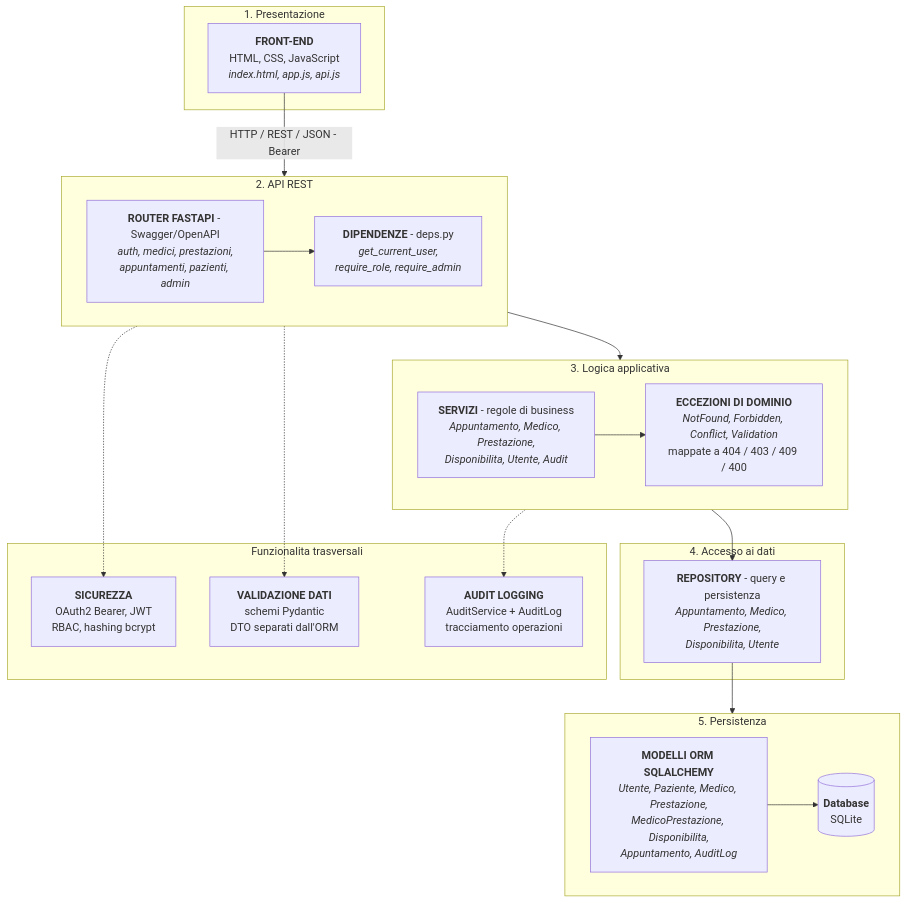
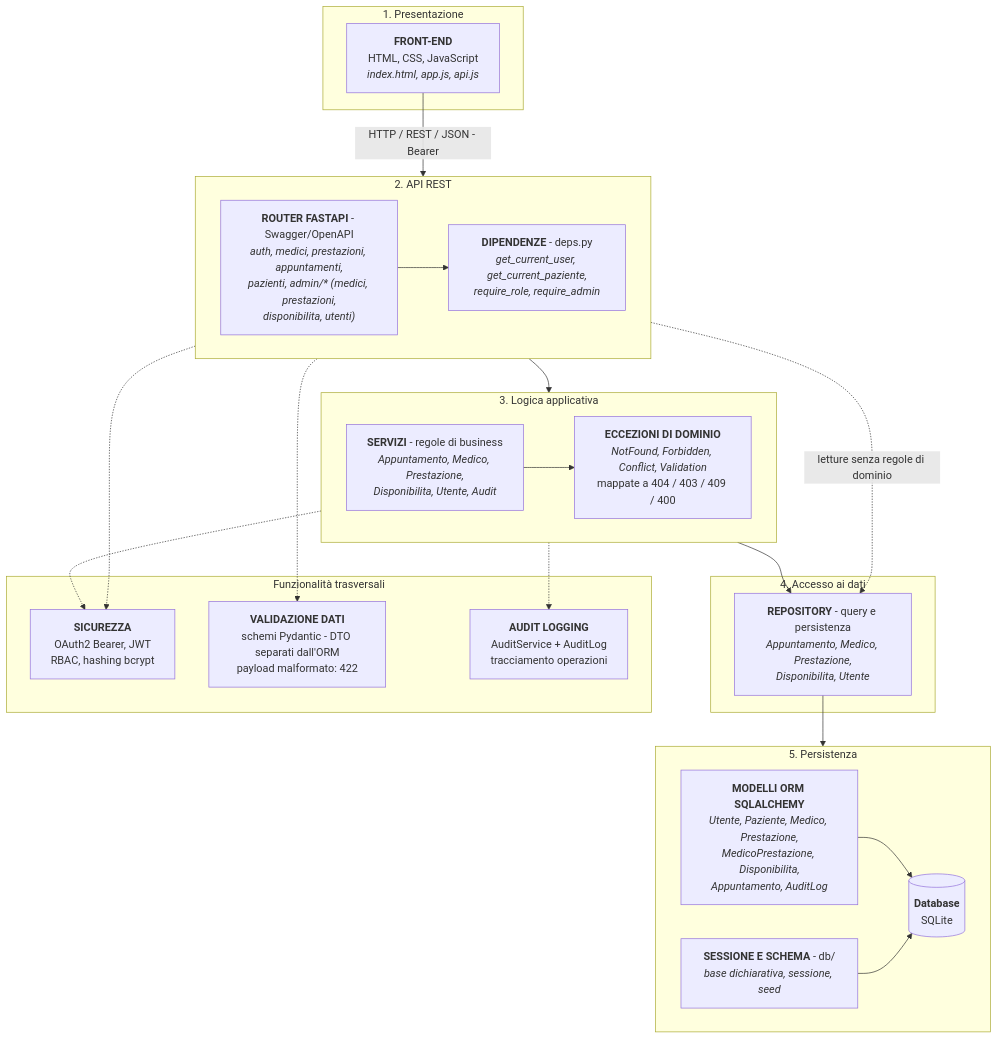
Before and after one commit to giovannicarrino-2802/PW16: the diagram in poliambulatorio-prenotazioni/docs/architettura.md, drawn with Mermaid. The commit also changed other lines of this file, not shown here.

````diff
--- a/poliambulatorio-prenotazioni/docs/architettura.md
+++ b/poliambulatorio-prenotazioni/docs/architettura.md
@@ -5,47 +5,51 @@
 ```mermaid
 flowchart TB
 
     subgraph L1["1. Presentazione"]
         FE["<b>FRONT-END</b><br/>HTML, CSS, JavaScript<br/><i>index.html, app.js, api.js</i>"]
     end
 
     subgraph L2["2. API REST"]
         direction LR
-        RT["<b>ROUTER FASTAPI</b> - Swagger/OpenAPI<br/><i>auth, medici, prestazioni,<br/>appuntamenti, pazienti, admin</i>"]
-        DEP["<b>DIPENDENZE</b> - deps.py<br/><i>get_current_user,<br/>require_role, require_admin</i>"]
+        RT["<b>ROUTER FASTAPI</b> - Swagger/OpenAPI<br/><i>auth, medici, prestazioni, appuntamenti,<br/>pazienti, admin/* (medici, prestazioni,<br/>disponibilita, utenti)</i>"]
+        DEP["<b>DIPENDENZE</b> - deps.py<br/><i>get_current_user, get_current_paziente,<br/>require_role, require_admin</i>"]
         RT --> DEP
     end
 
     subgraph L3["3. Logica applicativa"]
         direction LR
         SVC["<b>SERVIZI</b> - regole di business<br/><i>Appuntamento, Medico, Prestazione,<br/>Disponibilita, Utente, Audit</i>"]
         EXC["<b>ECCEZIONI DI DOMINIO</b><br/><i>NotFound, Forbidden, Conflict, Validation</i><br/>mappate a 404 / 403 / 409 / 400"]
         SVC --> EXC
     end
 
     subgraph L4["4. Accesso ai dati"]
         REP["<b>REPOSITORY</b> - query e persistenza<br/><i>Appuntamento, Medico, Prestazione,<br/>Disponibilita, Utente</i>"]
     end
 
     subgraph L5["5. Persistenza"]
         direction LR
         ORM["<b>MODELLI ORM SQLALCHEMY</b><br/><i>Utente, Paziente, Medico, Prestazione,<br/>MedicoPrestazione, Disponibilita,<br/>Appuntamento, AuditLog</i>"]
+        SES["<b>SESSIONE E SCHEMA</b> - db/<br/><i>base dichiarativa, sessione, seed</i>"]
         DB[("<b>Database</b><br/>SQLite")]
         ORM --> DB
+        SES --> DB
     end
 
-    subgraph TRA["Funzionalita trasversali"]
+    subgraph TRA["Funzionalità trasversali"]
         SEC["<b>SICUREZZA</b><br/>OAuth2 Bearer, JWT<br/>RBAC, hashing bcrypt"]
-        VAL["<b>VALIDAZIONE DATI</b><br/>schemi Pydantic<br/>DTO separati dall'ORM"]
+        VAL["<b>VALIDAZIONE DATI</b><br/>schemi Pydantic - DTO separati dall'ORM<br/>payload malformato: 422"]
         AUD["<b>AUDIT LOGGING</b><br/>AuditService + AuditLog<br/>tracciamento operazioni"]
     end
 
     FE -->|"HTTP / REST / JSON - Bearer"| RT
     RT --> SVC
     SVC --> REP
     REP --> ORM
+    RT -.->|"letture senza regole di dominio"| REP
 
     DEP -.-> SEC
+    SVC -.-> SEC
     RT -.-> VAL
     SVC -.-> AUD
 ```
````
